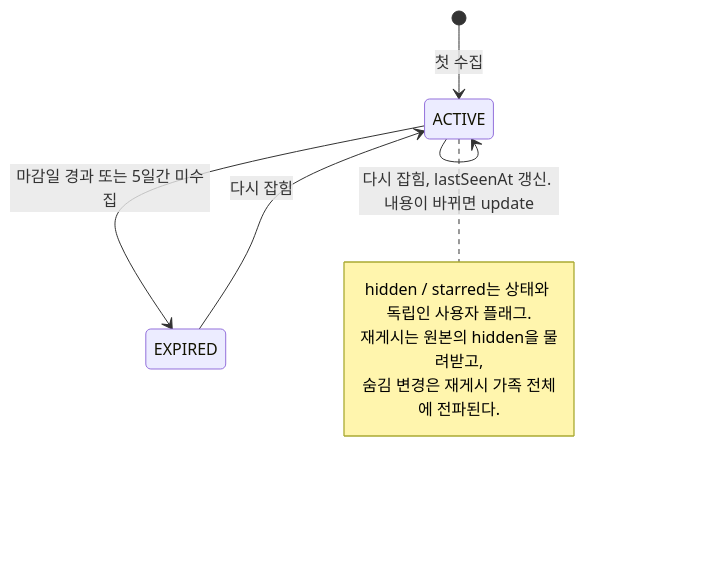
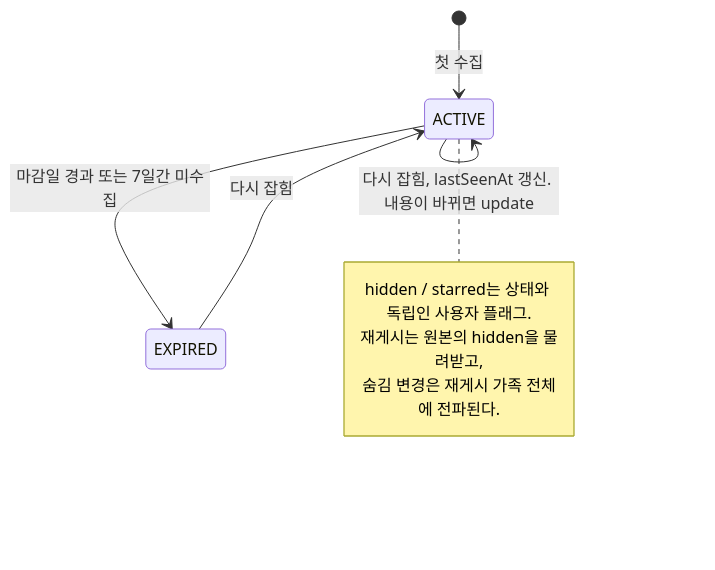
The third of 5 diagrams in docs/ARCHITECTURE.md (abbb1399/crawler), drawn with Mermaid before and after one commit. The commit also changed 3 other files, not shown here.

````diff
--- a/docs/ARCHITECTURE.md
+++ b/docs/ARCHITECTURE.md
@@ -146,12 +146,12 @@
 ```mermaid
 stateDiagram-v2
     [*] --> ACTIVE: 첫 수집
     ACTIVE --> ACTIVE: 다시 잡힘, lastSeenAt 갱신. 내용이 바뀌면 update
-    ACTIVE --> EXPIRED: 마감일 경과 또는 5일간 미수집
+    ACTIVE --> EXPIRED: 마감일 경과 또는 7일간 미수집
     EXPIRED --> ACTIVE: 다시 잡힘
     note right of ACTIVE
         hidden / starred는 상태와 독립인 사용자 플래그.
         재게시는 원본의 hidden을 물려받고,
         숨김 변경은 재게시 가족 전체에 전파된다.
     end note
 ```
````
